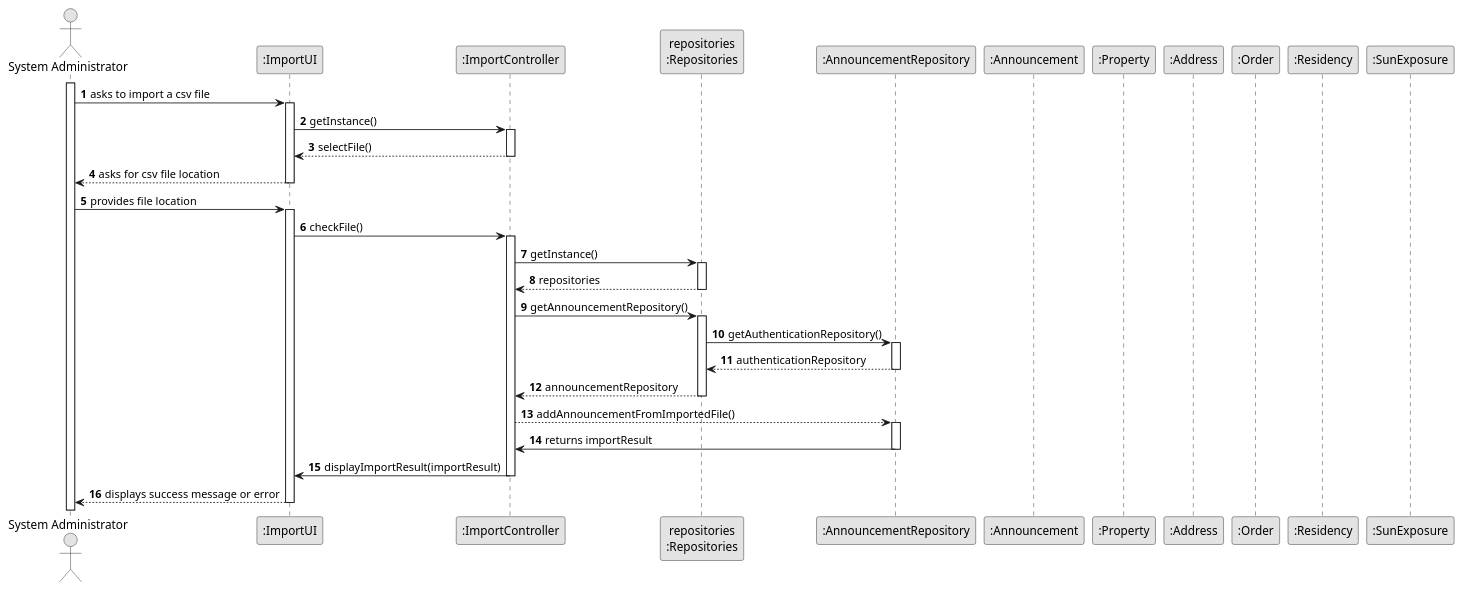
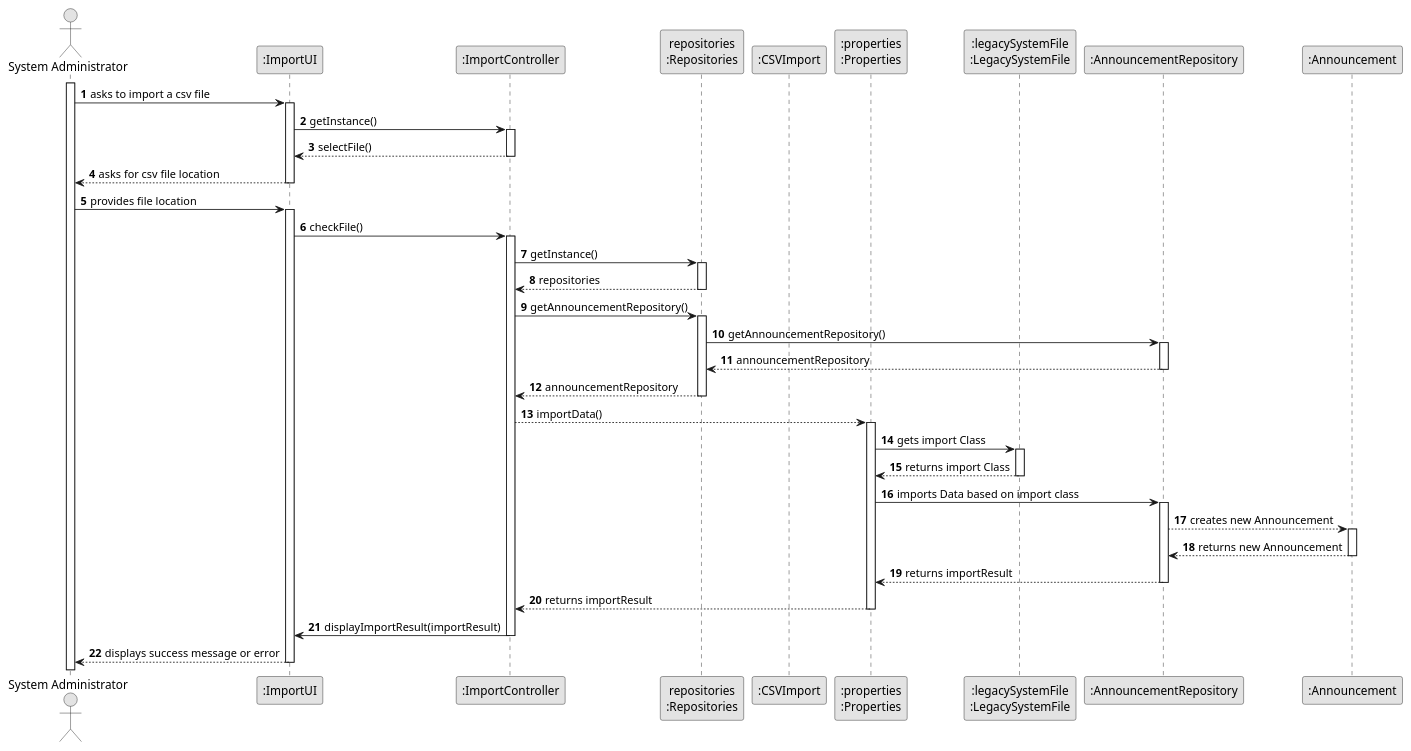
The diagram in docs/sprintD/us012/03.design/puml/us012-sequence-diagram-full.puml (Goncalves2525/real-estate-management-system), drawn with PlantUML before and after one commit. The commit also changed 12 other files, not shown here.

```diff
--- a/docs/sprintD/us012/03.design/puml/us012-sequence-diagram-full.puml
+++ b/docs/sprintD/us012/03.design/puml/us012-sequence-diagram-full.puml
@@ -1,77 +1,101 @@
 @startuml
 skinparam monochrome true
 skinparam packageStyle rectangle
 skinparam shadowing false
 
 autonumber
 
 actor "System Administrator" as Admin
 participant ":ImportUI" as UI
 participant ":ImportController" as CTRL
 participant "repositories\n:Repositories" as REPO
+'participant ":Property" as PROP
+'participant ":Address" as ADDR
+'participant ":Order" as ORD
+'participant ":Residency" as RES
+'participant ":SunExposure" as SUN
+participant ":CSVImport" as CSV
+participant ":properties\n:Properties" as PROP
+participant ":legacySystemFile\n:LegacySystemFile" as LEGACY
 participant ":AnnouncementRepository" as ANNREPO
 participant ":Announcement" as ANN
-participant ":Property" as PROP
-participant ":Address" as ADDR
-participant ":Order" as ORD
-participant ":Residency" as RES
-participant ":SunExposure" as SUN
 
 
     activate Admin
 
     Admin -> UI : asks to import a csv file
     activate UI
 
     UI -> CTRL: getInstance()
     activate CTRL
 
 '    CTRL -> UI : importController
 '    activate REPO
 
 '    UI -> CTRL : selectFile()
 '    activate CTRL
 
     CTRL --> UI : selectFile()
     deactivate CTRL
 
     UI --> Admin : asks for csv file location
     deactivate UI
 
     Admin -> UI : provides file location
     activate UI
 
     UI -> CTRL : checkFile()
     activate CTRL
 
     CTRL -> REPO : getInstance()
     activate REPO
 
     REPO --> CTRL: repositories
     deactivate REPO
 
     CTRL -> REPO : getAnnouncementRepository()
     activate REPO
 
-    REPO -> ANNREPO : getAuthenticationRepository()
+    REPO -> ANNREPO : getAnnouncementRepository()
     activate ANNREPO
 
-    ANNREPO --> REPO: authenticationRepository
+    ANNREPO --> REPO: announcementRepository
     deactivate ANNREPO
 
     REPO --> CTRL: announcementRepository
     deactivate REPO
 
-    CTRL --> ANNREPO: addAnnouncementFromImportedFile()
+'    CTRL --> ANNREPO: importData()
+'    activate ANNREPO
+
+    CTRL --> PROP: importData()
+    activate PROP
+
+    PROP -> LEGACY: gets import Class
+    activate LEGACY
+
+    LEGACY --> PROP: returns import Class
+    deactivate LEGACY
+
+    PROP -> ANNREPO: imports Data based on import class
     activate ANNREPO
 
-    ANNREPO -> CTRL : returns importResult
+    ANNREPO --> ANN: creates new Announcement
+    activate ANN
+
+    ANN --> ANNREPO: returns new Announcement
+    deactivate ANN
+
+    ANNREPO --> PROP: returns importResult
     deactivate ANNREPO
+
+    PROP --> CTRL: returns importResult
+    deactivate PROP
 
     CTRL -> UI : displayImportResult(importResult)
     deactivate CTRL
 
     UI --> Admin : displays success message or error
     deactivate UI
 
 @enduml
```
